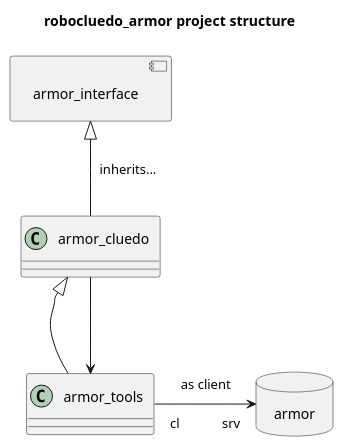
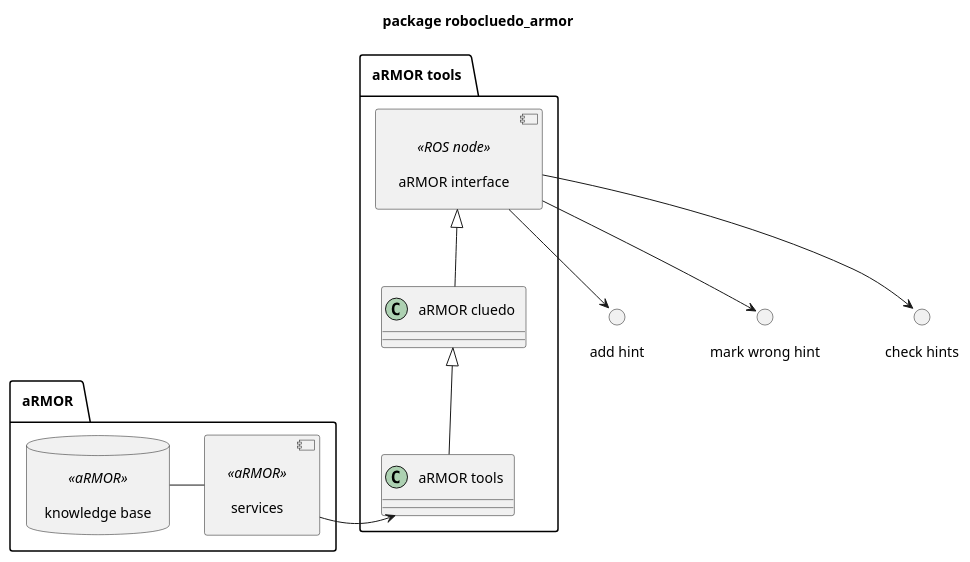
The diagram in robocluedo_armor/_uml/armor-interface-class-diagram.md (programmatoroSeduto/ExperimentalRoboticsLab-Assignment-2), drawn with PlantUML before and after one commit. The commit also changed 119 other files, not shown here.

Commit message:
uml arch first draft

````diff
--- a/robocluedo_armor/_uml/armor-interface-class-diagram.md
+++ b/robocluedo_armor/_uml/armor-interface-class-diagram.md
@@ -4,29 +4,35 @@
 ```{uml} 
 @startuml
 
-title robocluedo_armor project structure
+''' INFOS
+title package robocluedo_armor
 skinparam Padding 8
+allow_mixing
 
-class "armor_tools" as ARMOR1 {
-
+''' COMPONENTS
+package "aRMOR" {
+	database "knowledge base" <<aRMOR>> as A_KB
+	component "services" <<aRMOR>> as A_SRV
+	A_KB -right- A_SRV
 }
 
-class "armor_cluedo" as ARMOR2 {
-
+package "aRMOR tools" {
+	class "aRMOR tools" as A_TOOLS 
+	class "aRMOR cluedo" as A_CLUEDO 
+	A_TOOLS -up-|> A_CLUEDO
+	component "aRMOR interface" <<ROS node>> as A_NODE
+	A_CLUEDO -up-|> A_NODE
 }
 
-component "armor_interface" as NODE {
+() "add hint" as SRV_ADD
+() "mark wrong hint" as SRV_DELETE
+() "check hints" as SRV_GET
 
-}
-
-database "armor" as ARMOR {
-
-}
-
-ARMOR1 -up-|> ARMOR2 : "   "
-ARMOR2 --> ARMOR1 : "   "
-ARMOR2 -up-|> NODE : "inherits..."
-ARMOR1 "cl" -right-> "srv" ARMOR : "as client"
+''' CONNECTIONS
+A_SRV -right-> A_TOOLS
+A_NODE --> SRV_ADD
+A_NODE --> SRV_DELETE
+A_NODE --> SRV_GET
 
 @enduml
 ```
````
